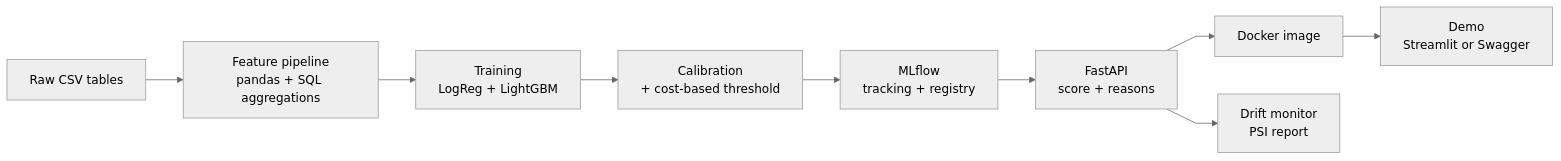
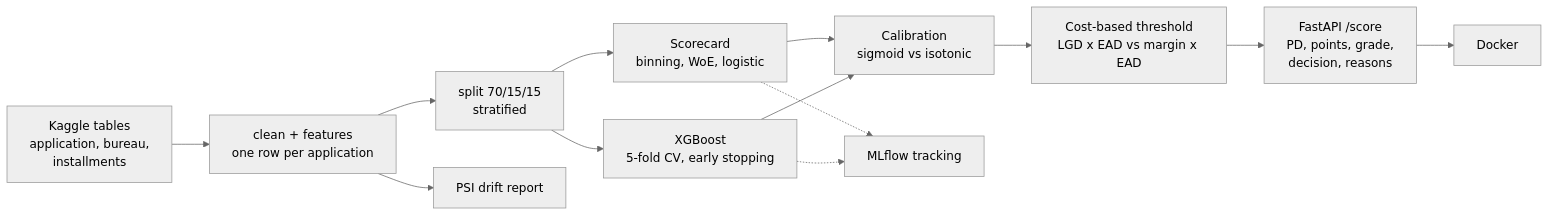
One commit to MamadouKane/credit-risk-scoring changed the diagram in README.md. Above: the diagram before and after it, drawn with Mermaid (neutral theme). The commit also changed other lines of this file and 45 other files, not shown here.

Commit message:
XGBoost challenger, calibration, cost-based threshold, explanations, drift Add FastAPI + Docker, CI, model card and README

````diff
--- a/README.md
+++ b/README.md
@@ -60,12 +24,15 @@
 ```mermaid
-%%{init: {'flowchart': {'curve': 'linear'}}}%%
 flowchart LR
-    A[Raw CSV tables] --> B[Feature pipeline<br/>pandas + SQL aggregations]
-    B --> C[Training<br/>LogReg + LightGBM]
-    C --> D[Calibration<br/>+ cost-based threshold]
-    D --> E[MLflow<br/>tracking + registry]
-    E --> F[FastAPI<br/>score + reasons]
-    F --> G[Docker image]
-    G --> H[Demo<br/>Streamlit or Swagger]
-    F --> I[Drift monitor<br/>PSI report]
+    A[Kaggle tables<br/>application, bureau,<br/>installments] --> B[clean + features<br/>one row per application]
+    B --> C[split 70/15/15<br/>stratified]
+    C --> D[Scorecard<br/>binning, WoE, logistic]
+    C --> E[XGBoost<br/>5-fold CV, early stopping]
+    D --> F[Calibration<br/>sigmoid vs isotonic]
+    E --> F
+    F --> G[Cost-based threshold<br/>LGD x EAD vs margin x EAD]
+    G --> H[FastAPI /score<br/>PD, points, grade,<br/>decision, reasons]
+    H --> I[Docker]
+    B --> J[PSI drift report]
+    D -.-> K[MLflow tracking]
+    E -.-> K
 ```
````
